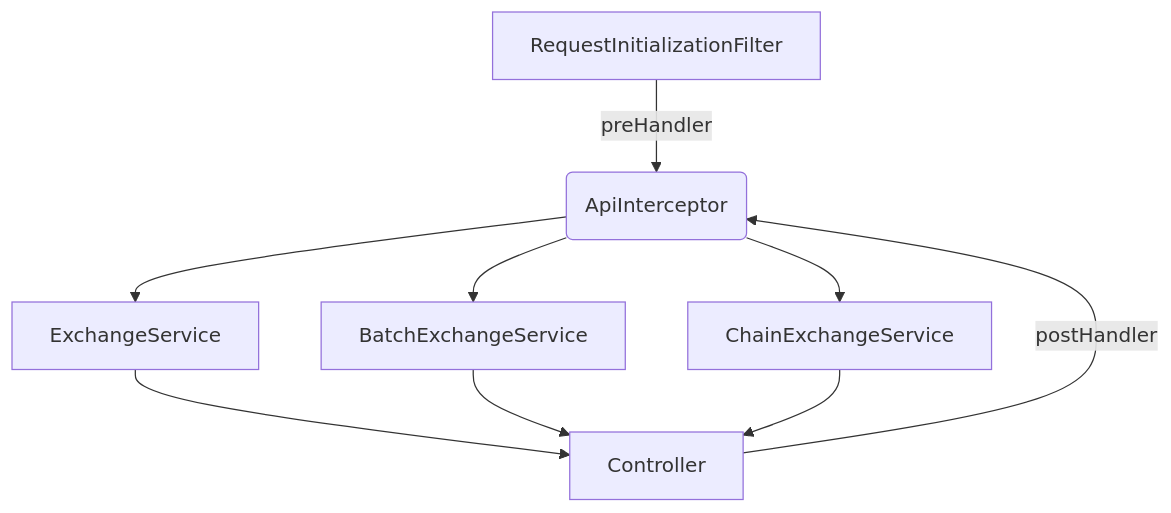
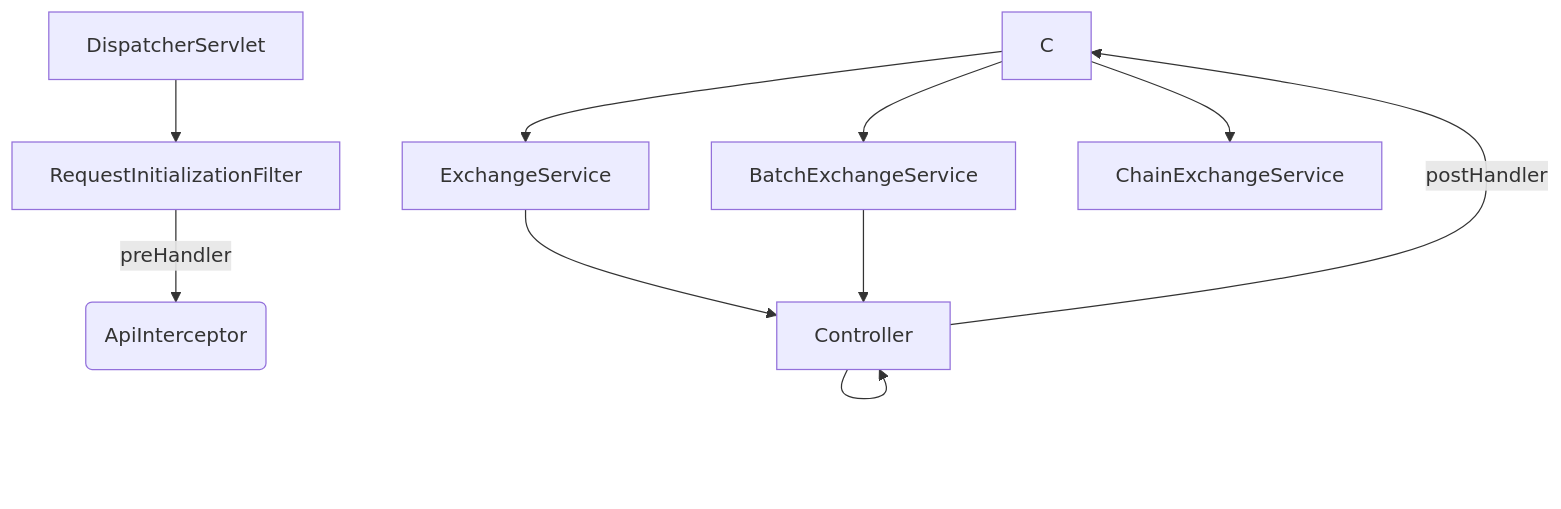
The diagram in README.md (Beapi-io/spring-boot-starter-beapi), drawn with Mermaid before and after one commit.

````diff
--- a/README.md
+++ b/README.md
@@ -101,11 +101,12 @@
 ```mermaid
 flowchart TD
-    A[RequestInitializationFilter] --> |preHandler| B(ApiInterceptor)
-    B --> C[ExchangeService] 
-    B --> D[BatchExchangeService] 
-    B --> E[ChainExchangeService] 
-    C --> F[Controller]
-    D --> F[Controller]
-    E --> F[Controller]
-    F --> |postHandler| B
+    A[DispatcherServlet] --> B[RequestInitializationFilter]
+    B --> |preHandler| c(ApiInterceptor)
+    C --> D[ExchangeService] 
+    C --> E[BatchExchangeService] 
+    C --> F[ChainExchangeService] 
+    D --> G[Controller]
+    E --> G[Controller]
+    G --> G[Controller]
+    G --> |postHandler| C
 ```
````
